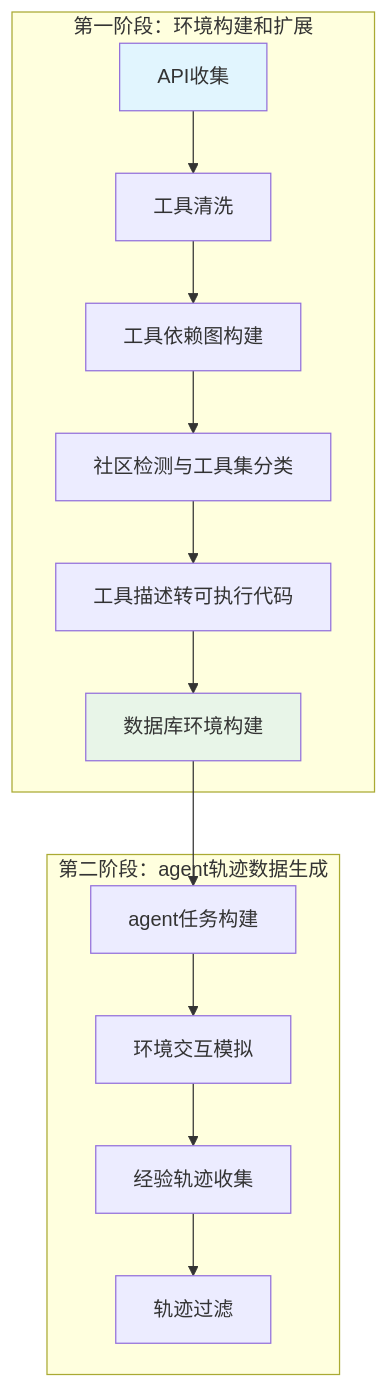
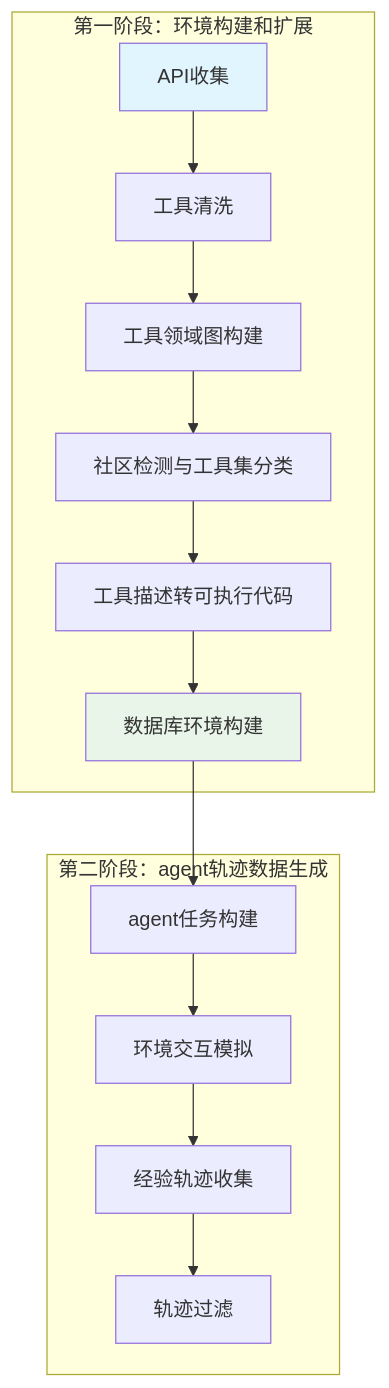
One commit to zuoyifan132/worldInteract changed the first of 4 diagrams in worldInteract_design_document.md. Above: the diagram before and after it, drawn with Mermaid. The commit also changed other lines of this file and 13 other files, not shown here.

Commit message:
reconstruct dependency graph to domain graph

````diff
--- a/worldInteract_design_document.md
+++ b/worldInteract_design_document.md
@@ -14,21 +14,21 @@
 ```mermaid
 graph TB
     subgraph "第一阶段：环境构建和扩展"
         A1[API收集] --> A6[工具清洗]
-        A6 --> A2[工具依赖图构建]
+        A6 --> A2[工具领域图构建]
         A2 --> A3[社区检测与工具集分类]
         A3 --> A4[工具描述转可执行代码]
         A4 --> A5[数据库环境构建]
     end
     
     subgraph "第二阶段：agent轨迹数据生成"
         B1[agent任务构建] --> B2[环境交互模拟]
         B2 --> B3[经验轨迹收集]
         B3 --> B4[轨迹过滤]
     end
     
     A5 --> B1
     
     style A1 fill:#e1f5fe
     style A5 fill:#e8f5e8
 ```
````
